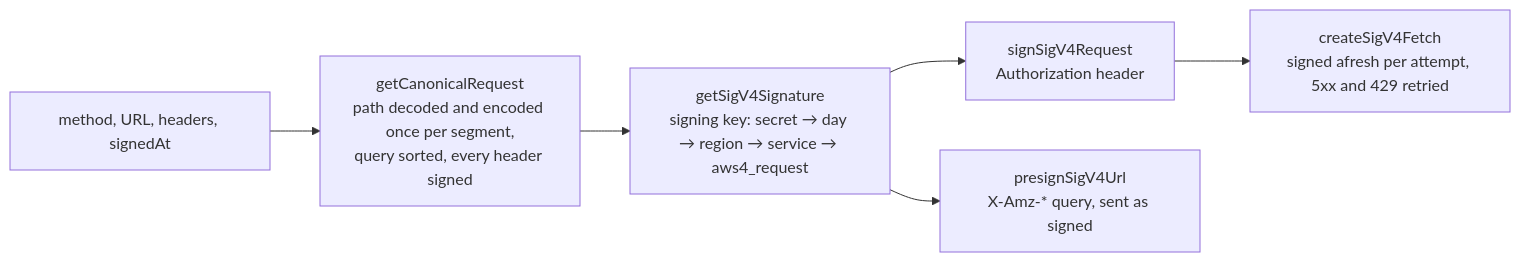
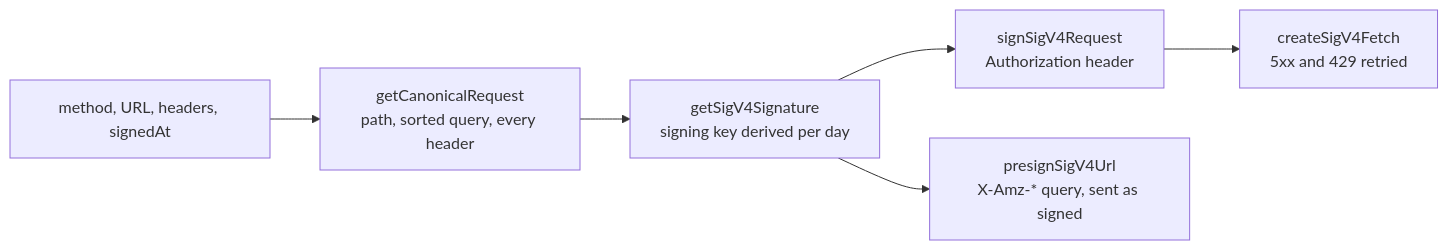
Before and after one commit to Esposter/Esposter: the diagram in openspec/specs/shared/sigv4/design.md, drawn with Mermaid. The commit also changed 1 other file, not shown here.

Commit message:
fix: CI's lint and coverage reds on f355edb402 — the auth double's getSession answers signed out, the SigV4 diagram fits
The registered auth double's getSession answered nothing, so errorLink destructured `undefined` on a refused call and
useUploadFiles.test ended in an unhandled rejection; it answers `{ data: null, error: null }` unless a suite names a
session, as useSession answers signed out. The SigV4 flowchart's three long labels are cut to a name and one qualifier,
the limit diagrams.test holds. The lint red (an optional property in the recursion rule) and the bundle record go with
the commit that follows, which renames that rule's files and moves the record again.

Claude-Session: https://claude.ai/code/session_0145sUFj8t668TjUtSXRqZH3

````diff
--- a/openspec/specs/shared/sigv4/design.md
+++ b/openspec/specs/shared/sigv4/design.md
@@ -13,8 +13,8 @@
 ```mermaid
 flowchart LR
-  request["method, URL, headers, signedAt"] --> canonical["getCanonicalRequest<br/>path decoded and encoded once per segment,<br/>query sorted, every header signed"]
-  canonical --> signature["getSigV4Signature<br/>signing key: secret → day → region → service → aws4_request"]
+  request["method, URL, headers, signedAt"] --> canonical["getCanonicalRequest<br/>path, sorted query, every header"]
+  canonical --> signature["getSigV4Signature<br/>signing key derived per day"]
   signature --> header["signSigV4Request<br/>Authorization header"]
   signature --> query["presignSigV4Url<br/>X-Amz-* query, sent as signed"]
-  header --> fetch["createSigV4Fetch<br/>signed afresh per attempt, 5xx and 429 retried"]
+  header --> fetch["createSigV4Fetch<br/>5xx and 429 retried"]
 ```
````
